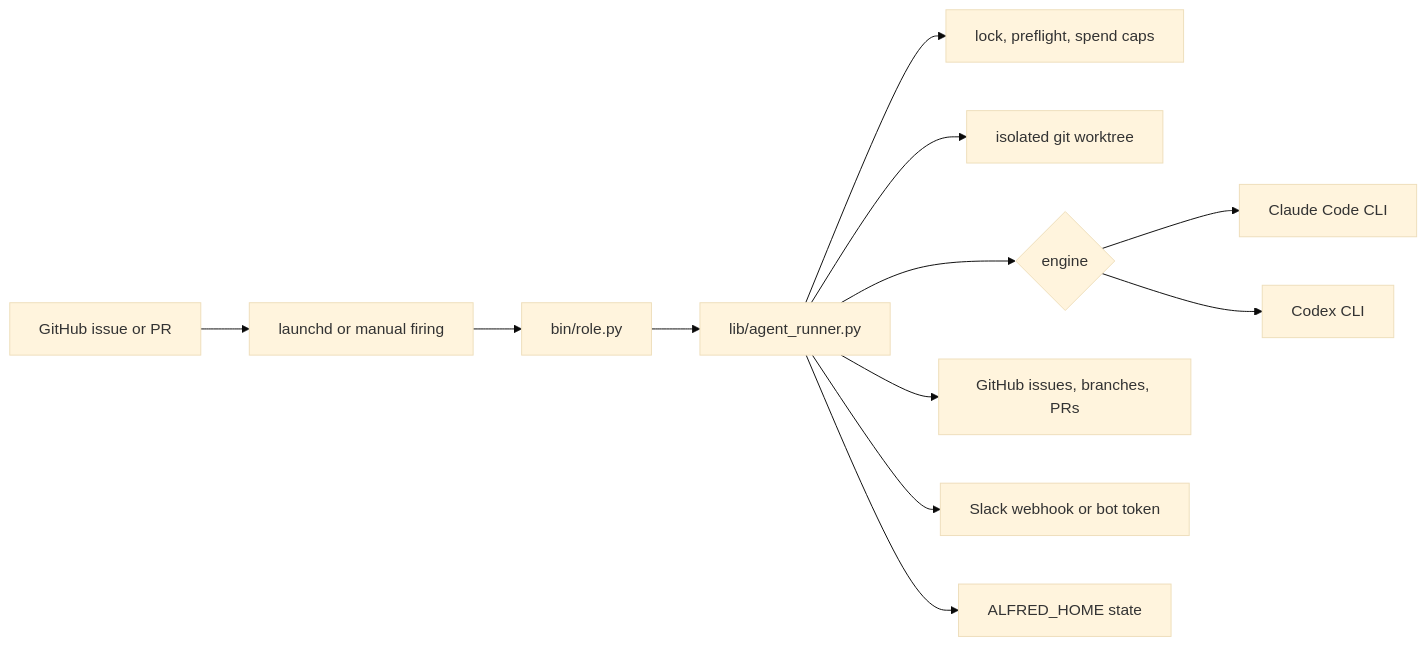
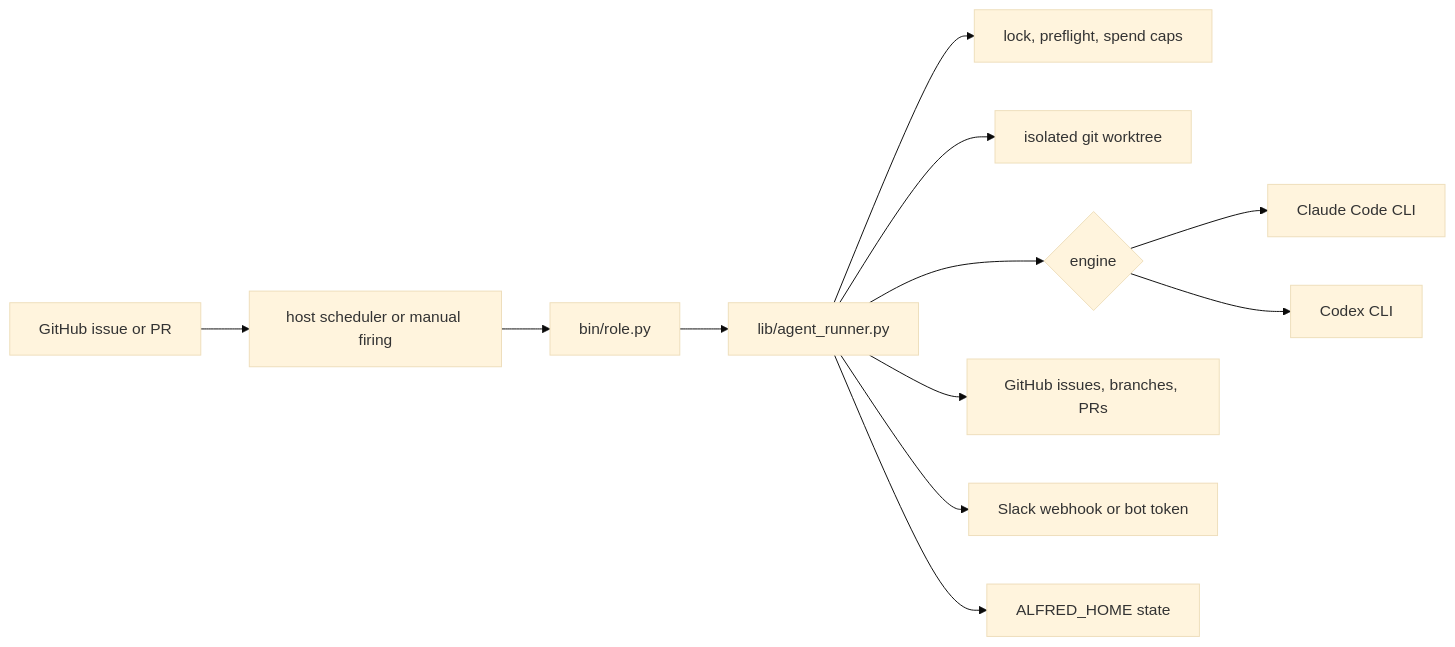
Before and after one commit to luminik-io/alfred-os: the diagram in README.md, drawn with Mermaid (base theme). The commit also changed other lines of this file and 39 other files, not shown here.

````diff
--- a/README.md
+++ b/README.md
@@ -114,14 +115,14 @@
 ```mermaid
 flowchart LR
-    issue["GitHub issue or PR"] --> schedule["launchd or manual firing"]
+    issue["GitHub issue or PR"] --> schedule["host scheduler or manual firing"]
     schedule --> runner["bin/role.py"]
     runner --> shared["lib/agent_runner.py"]
     shared --> lock["lock, preflight, spend caps"]
     shared --> worktree["isolated git worktree"]
     shared --> engine{"engine"}
     engine --> claude["Claude Code CLI"]
     engine --> codex["Codex CLI"]
     shared --> github["GitHub issues, branches, PRs"]
     shared --> slack["Slack webhook or bot token"]
     shared --> state["ALFRED_HOME state"]
 ```
````
